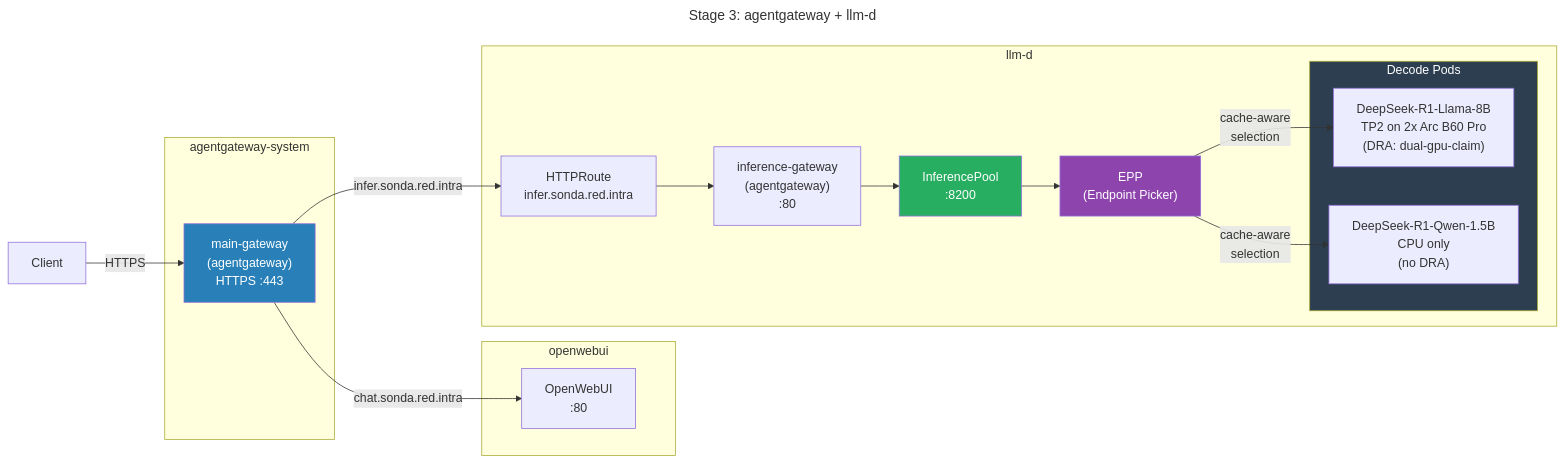
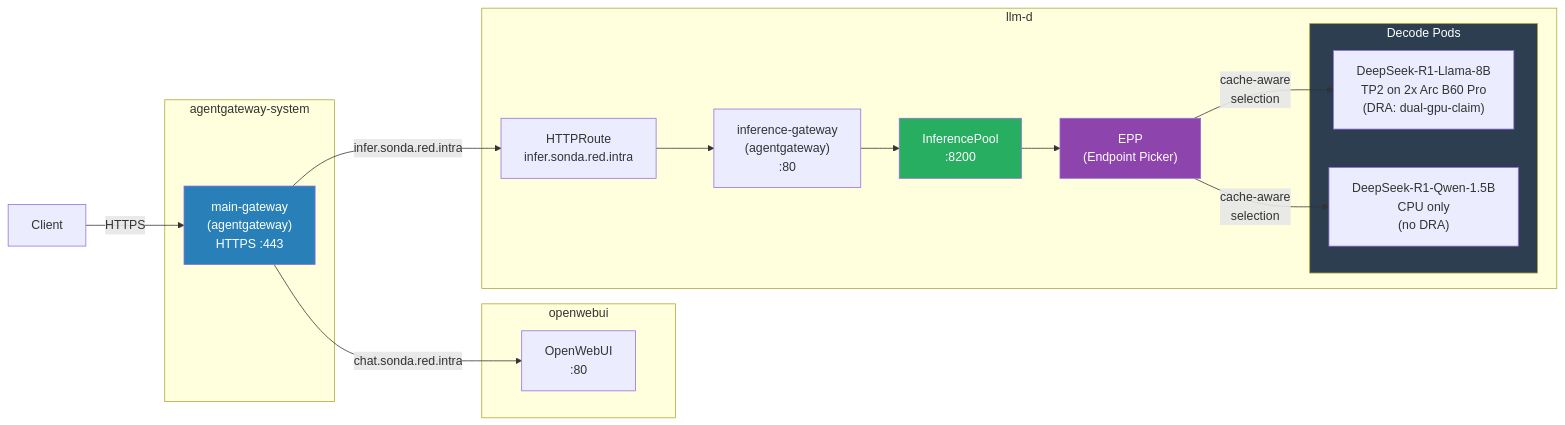
One commit to sonda-red/blog changed the third of 3 diagrams in content/posts/07-intel-homelab-5.md. Above: the diagram before and after it, drawn with Mermaid. The commit also changed other lines of this file, not shown here.

Commit message:
fix: update mermaid diagrams and captions for clarity in blog post on LLM routing and migration

````diff
--- a/content/posts/07-intel-homelab-5.md
+++ b/content/posts/07-intel-homelab-5.md
@@ -279,41 +273,38 @@
-```mermaid
----
-title: "Stage 3: agentgateway + llm-d"
----
+{{< mermaid >}}
 flowchart LR
     client["Client"]
 
     subgraph agtw["agentgateway-system"]
         gw["main-gateway\n(agentgateway)\nHTTPS :443"]
     end
 
     subgraph owui_ns["openwebui"]
         owui["OpenWebUI\n:80"]
     end
 
     subgraph llmd["llm-d"]
         ext["HTTPRoute\ninfer.sonda.red.intra"]
         int_gw["inference-gateway\n(agentgateway)\n:80"]
         pool["InferencePool\n:8200"]
         epp["EPP\n(Endpoint Picker)"]
 
         subgraph decode["Decode Pods"]
             ds["DeepSeek-R1-Llama-8B\nTP2 on 2x Arc B60 Pro\n(DRA: dual-gpu-claim)"]
             qw["DeepSeek-R1-Qwen-1.5B\nCPU only\n(no DRA)"]
         end
     end
 
     client -->|HTTPS| gw
     gw -->|"chat.sonda.red.intra"| owui
     gw -->|"infer.sonda.red.intra"| ext
     ext --> int_gw
     int_gw --> pool
     pool --> epp
     epp -->|"cache-aware\nselection"| ds
     epp -->|"cache-aware\nselection"| qw
 
     style gw fill:#2980b9,color:#fff
     style pool fill:#27ae60,color:#fff
     style epp fill:#8e44ad,color:#fff
     style decode fill:#2c3e50,color:#fff
-```
+{{< /mermaid >}}
````
